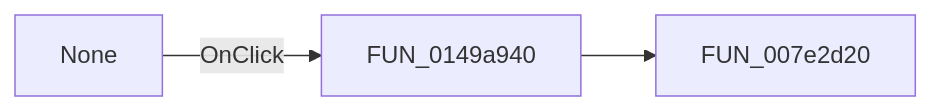
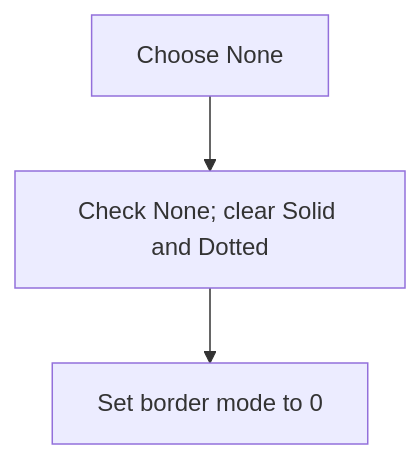
One commit to MovGP0/TIARA changed the diagram in docs/ui-controls/frmdesigntool/nonemnu-f6d0eb1985.md. Above: the diagram before and after it, drawn with Mermaid. The commit also changed other lines of this file and 387 other files, not shown here.

````diff
--- a/docs/ui-controls/frmdesigntool/nonemnu-f6d0eb1985.md
+++ b/docs/ui-controls/frmdesigntool/nonemnu-f6d0eb1985.md
@@ -27,5 +27,5 @@
 ```mermaid
-flowchart LR
-    control["None"] -->|OnClick| handler["FUN_0149a940"]
-    handler --> call1["FUN_007e2d20"]
+flowchart TD
+    click["Choose None"] --> checks["Check None; clear Solid and Dotted"]
+    checks --> mode["Set border mode to 0"]
 ```
````
